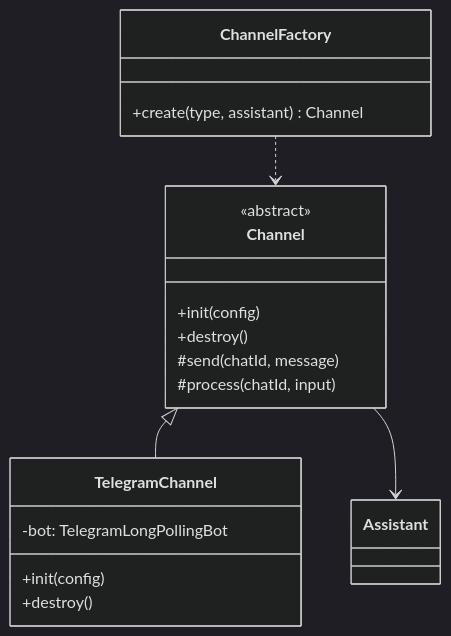
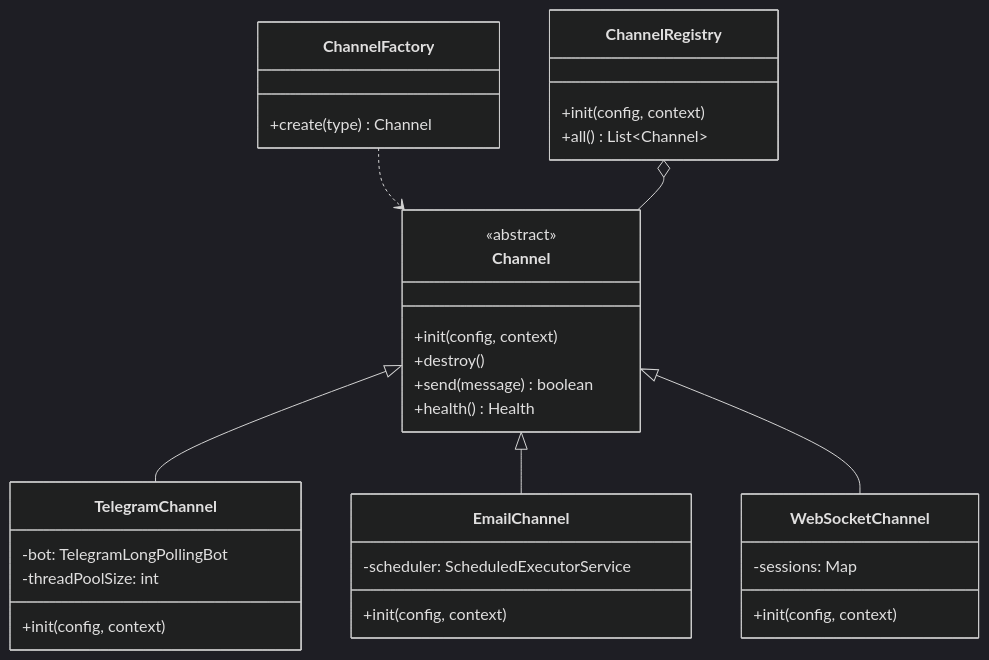
One commit to wutsi/kokibot changed the ninth of 14 diagrams in ARCHITECTURE.md. Above: the diagram before and after it, drawn with Mermaid (dark theme). The commit also changed other lines of this file and 6 other files, not shown here.

````diff
--- a/ARCHITECTURE.md
+++ b/ARCHITECTURE.md
@@ -370,24 +612,41 @@
 ```mermaid
 classDiagram
     class Channel {
         <<abstract>>
-        +init(config)
+        +init(config, context)
         +destroy()
-        #send(chatId, message)
-        #process(chatId, input)
+        +send(message) boolean
+        +health() Health
     }
     
     class TelegramChannel {
-        +init(config)
-        +destroy()
         -bot: TelegramLongPollingBot
+        -threadPoolSize: int
+        +init(config, context)
+    }
+    
+    class EmailChannel {
+        -scheduler: ScheduledExecutorService
+        +init(config, context)
+    }
+    
+    class WebSocketChannel {
+        -sessions: Map
+        +init(config, context)
     }
     
     class ChannelFactory {
-        +create(type, assistant) Channel
+        +create(type) Channel
+    }
+    
+    class ChannelRegistry {
+        +init(config, context)
+        +all() List~Channel~
     }
     
     Channel <|-- TelegramChannel
+    Channel <|-- EmailChannel
+    Channel <|-- WebSocketChannel
     ChannelFactory ..> Channel
-    Channel --> Assistant
+    ChannelRegistry o-- Channel
 ```
````
